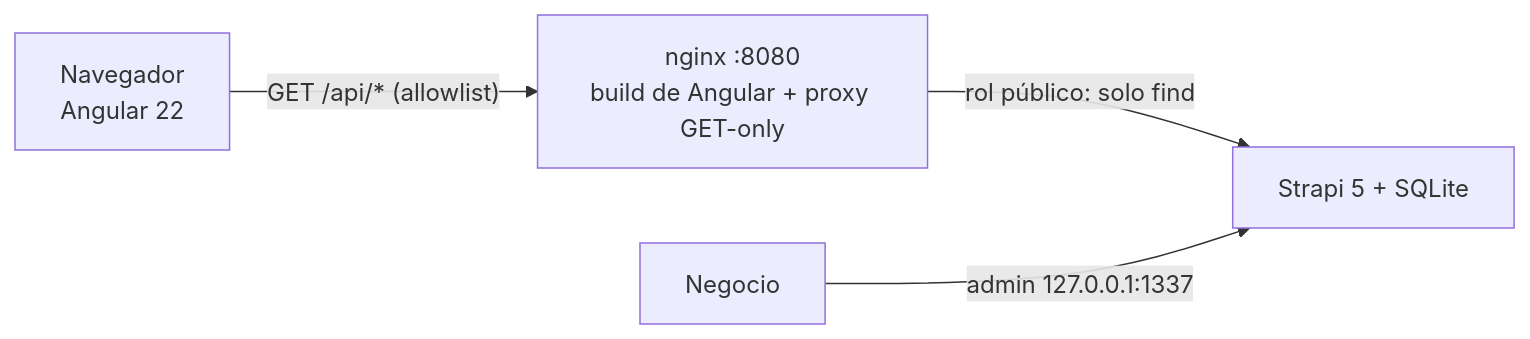
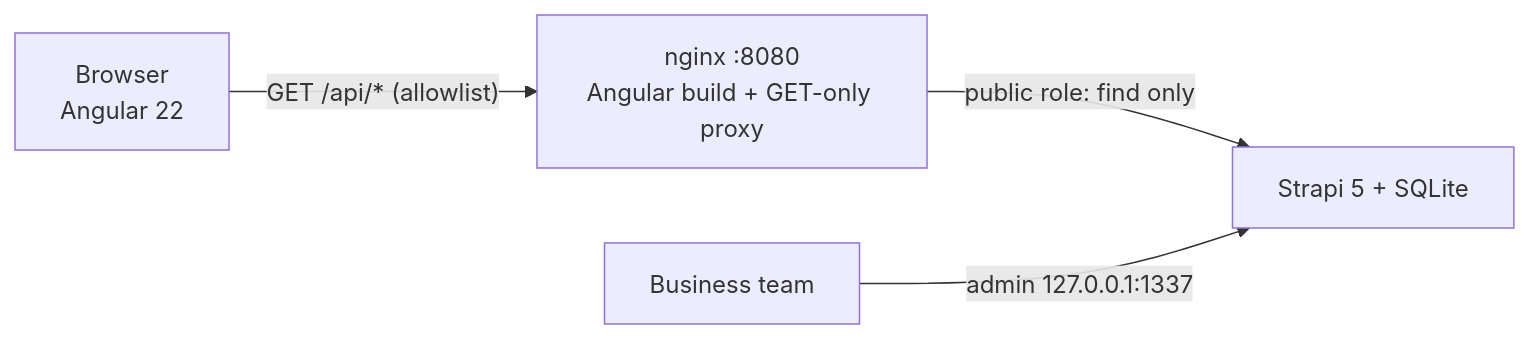
One commit to Jorgeandd10/car-insurance-quote-multicountry changed the diagram in README.md. Above: the diagram before and after it, drawn with Mermaid. The commit also changed other lines of this file and 35 other files, not shown here.

````diff
--- a/README.md
+++ b/README.md
@@ -38,6 +42,6 @@
 ```mermaid
 flowchart LR
-  B[Navegador<br/>Angular 22] -- "GET /api/* (allowlist)" --> N[nginx :8080<br/>build de Angular + proxy GET-only]
-  N -- "rol público: solo find" --> S[Strapi 5 + SQLite]
-  A[Negocio] -- "admin 127.0.0.1:1337" --> S
+  B[Browser<br/>Angular 22] -- "GET /api/* (allowlist)" --> N[nginx :8080<br/>Angular build + GET-only proxy]
+  N -- "public role: find only" --> S[Strapi 5 + SQLite]
+  A[Business team] -- "admin 127.0.0.1:1337" --> S
 ```
````
